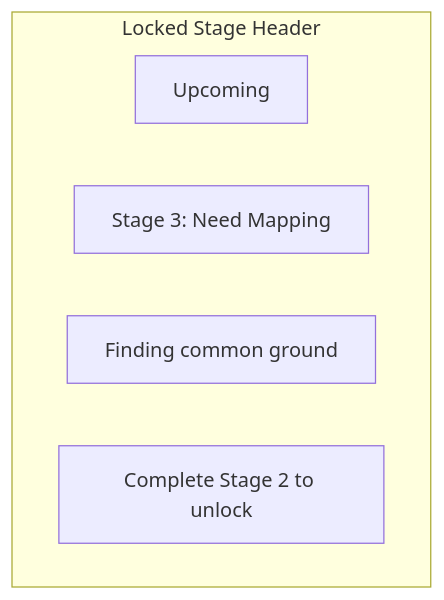
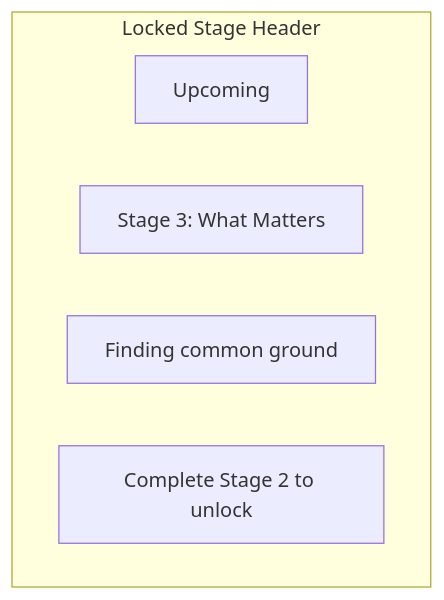
Diagram 12 of 14 in docs/mobile/wireframes/stage-controls.md (shantamg/meet-without-fear), drawn with Mermaid before and after one commit. The commit also changed other lines of this file and 21 other files, not shown here.

First line of the commit message:
docs: align stage docs with Darryl's authoritative gold flow

````diff
--- a/docs/mobile/wireframes/stage-controls.md
+++ b/docs/mobile/wireframes/stage-controls.md
@@ -185,9 +185,9 @@
 ```mermaid
 flowchart TB
     subgraph LockedHeader[Locked Stage Header]
         LockedBadge[Upcoming]
-        LockedTitle[Stage 3: Need Mapping]
+        LockedTitle[Stage 3: What Matters]
         LockedDesc[Finding common ground]
         LockedNote[Complete Stage 2 to unlock]
     end
 ```
````
